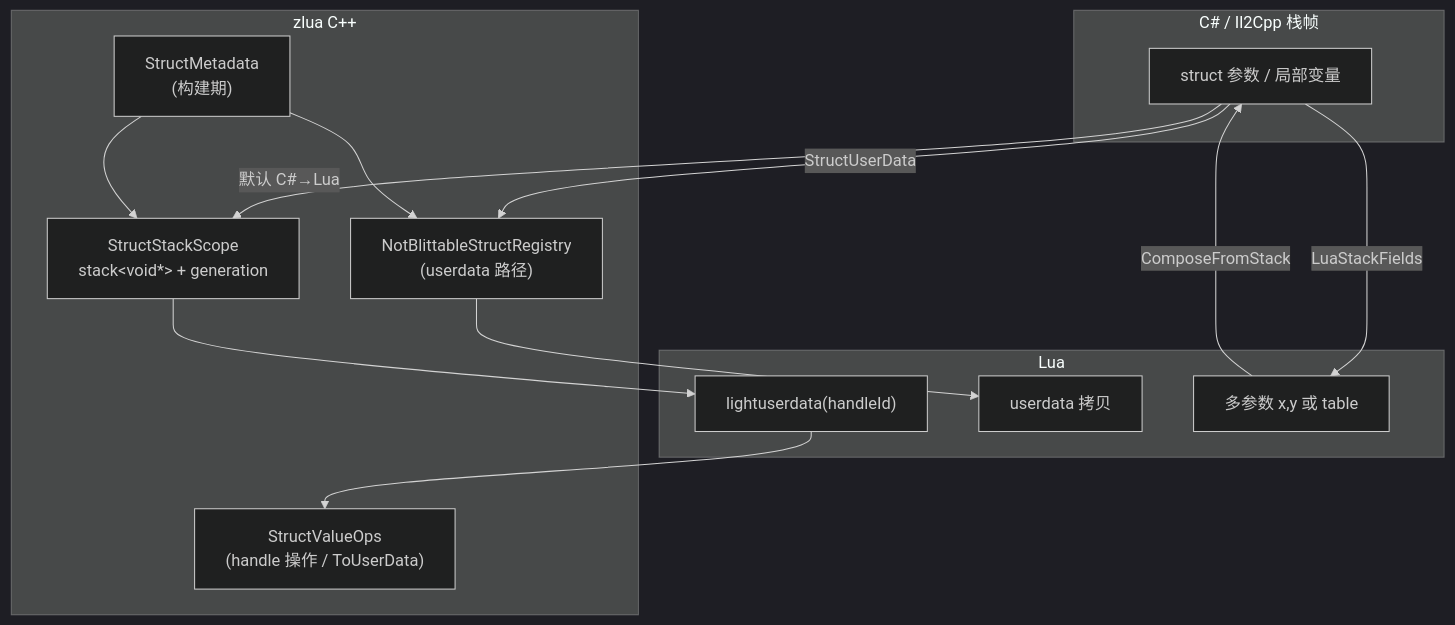
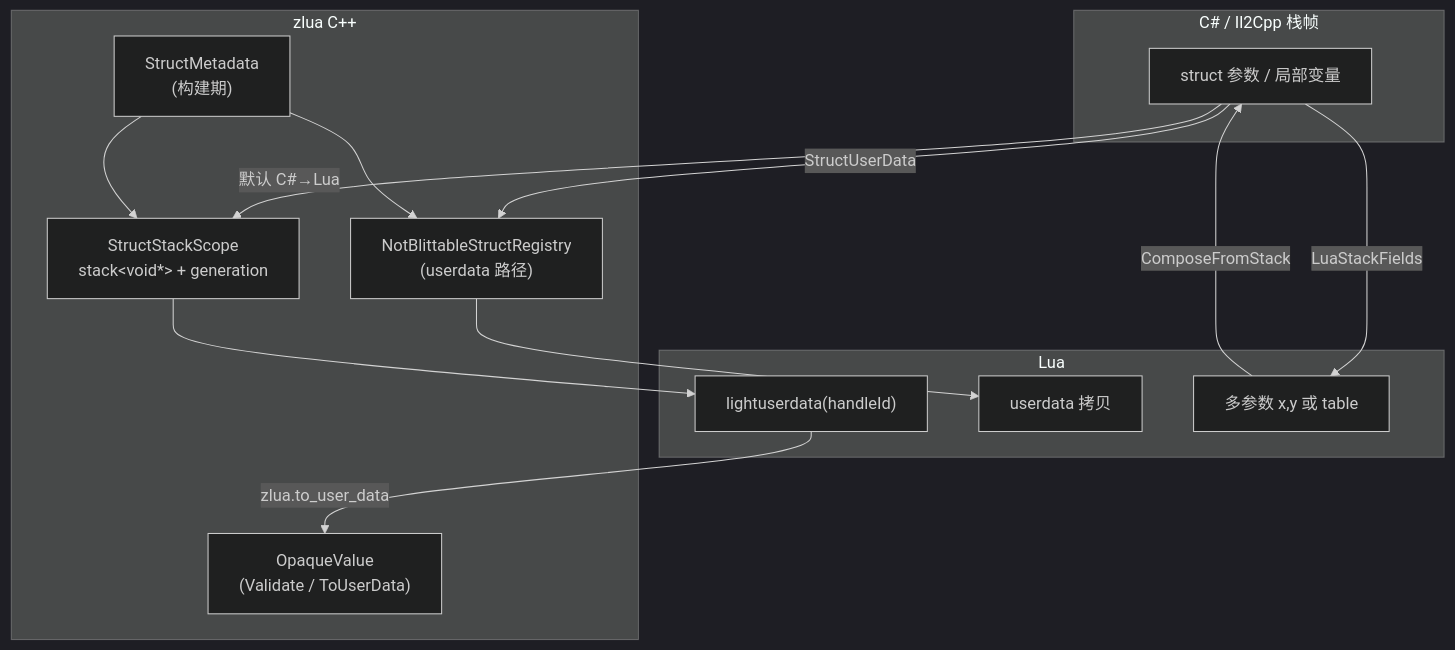
The diagram in Docs/STRUCT_MARSHAL_SPEC.md (focus-creative-games/zlua), drawn with Mermaid (dark theme) before and after one commit. The commit also changed other lines of this file and 135 other files, not shown here.

````diff
--- a/Docs/STRUCT_MARSHAL_SPEC.md
+++ b/Docs/STRUCT_MARSHAL_SPEC.md
@@ -29,27 +29,27 @@
 ```mermaid
 flowchart TB
     subgraph CSharp["C# / Il2Cpp 栈帧"]
         S["struct 参数 / 局部变量"]
     end
 
     subgraph Native["zlua C++"]
         SSS["StructStackScope\nstack&lt;void*&gt; + generation"]
-        SVO["StructValueOps\n(handle 操作 / ToUserData)"]
+        OV["OpaqueValue\n(Validate / ToUserData)"]
         NBR["NotBlittableStructRegistry\n(userdata 路径)"]
         MD["StructMetadata\n(构建期)"]
     end
 
     subgraph Lua["Lua"]
         LUD["lightuserdata(handleId)"]
         UD["userdata 拷贝"]
         TBL["多参数 x,y 或 table"]
     end
 
     S -->|"默认 C#→Lua"| SSS --> LUD
     S -->|"StructUserData"| NBR --> UD
     S -->|"LuaStackFields"| TBL
-    LUD --> SVO
+    LUD -->|"zlua.to_user_data"| OV
     TBL -->|"ComposeFromStack"| S
     MD --> SSS
     MD --> NBR
 ```
````
